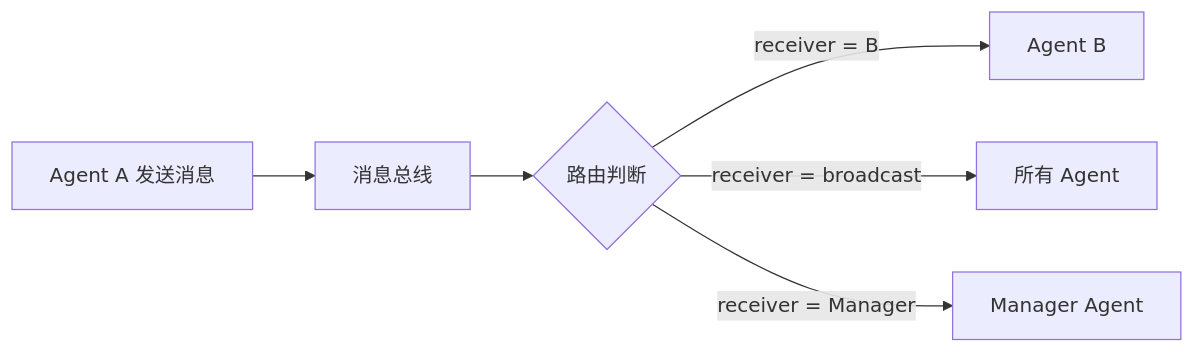
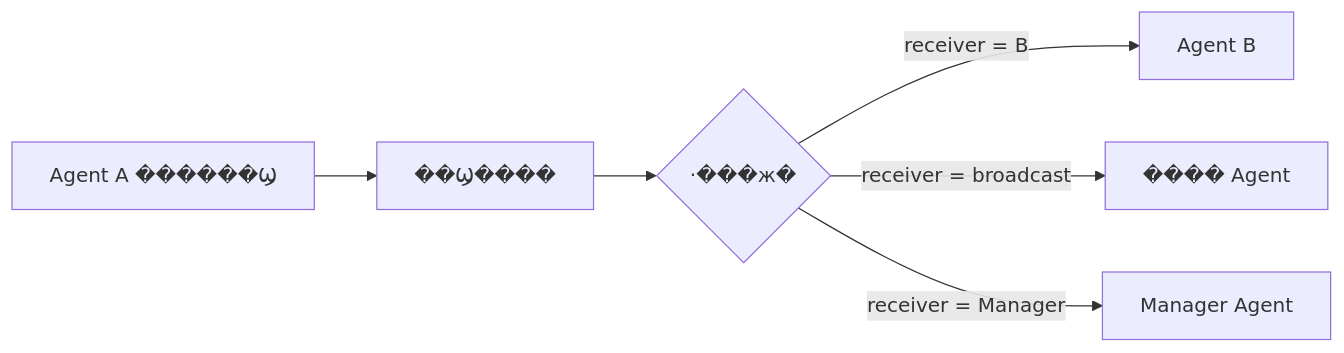
One commit to TimeHunter618/hugo-maid-dev changed the fourth of 8 diagrams in content/post/ai-interview/多Agent系统如何设计.zh-CN.md. Above: the diagram before and after it, drawn with Mermaid. The commit also changed other lines of this file and 70 other files, not shown here.

````diff
--- a/content/post/ai-interview/多Agent系统如何设计.zh-CN.md
+++ b/content/post/ai-interview/多Agent系统如何设计.zh-CN.md
@@ -227,8 +227,8 @@
 ```mermaid
 graph LR
-    A[Agent A 发送消息] --> B[消息总线]
-    B --> C{路由判断}
+    A[Agent A ������Ϣ] --> B[��Ϣ����]
+    B --> C{·���ж�}
     C -->|receiver = B| D[Agent B]
-    C -->|receiver = broadcast| E[所有 Agent]
+    C -->|receiver = broadcast| E[���� Agent]
     C -->|receiver = Manager| F[Manager Agent]
 ```
````
